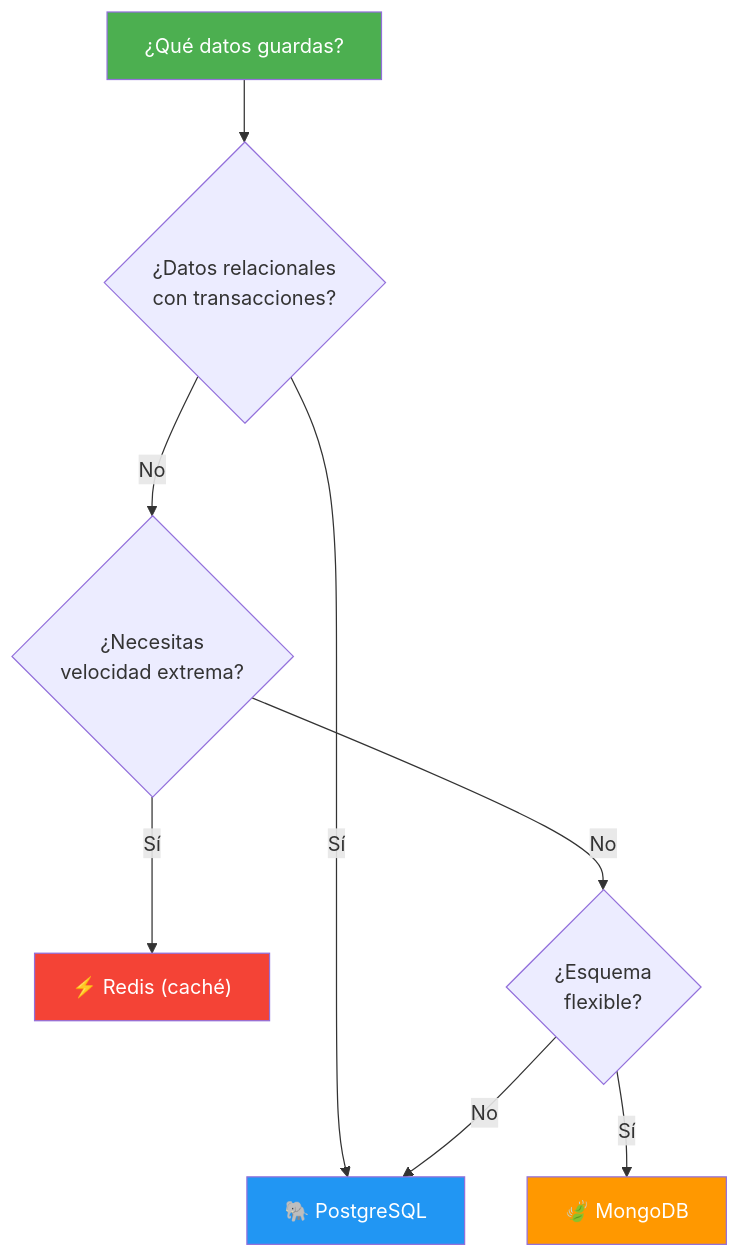
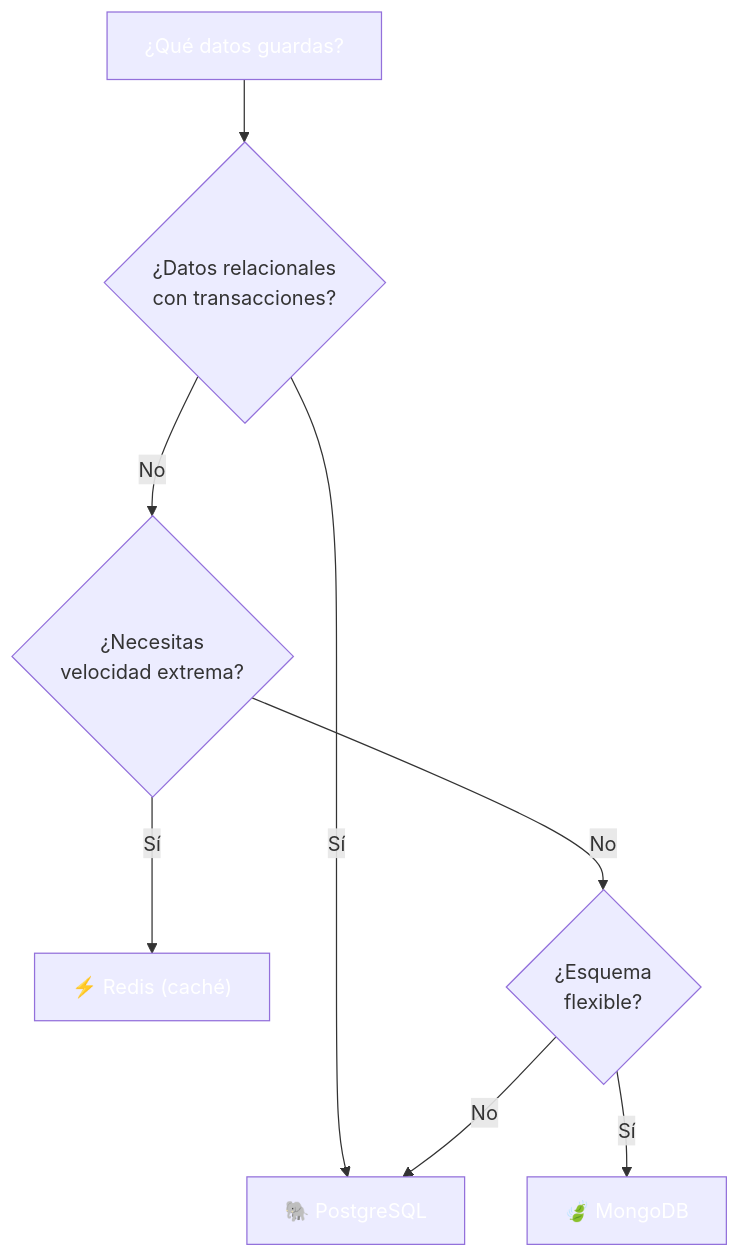
Diagram 14 of 14 in 21-sql-nosql.md (joseluisgs/DesarrolloWebEntornosServidor-01-2026-2027), drawn with Mermaid before and after one commit. The commit also changed other lines of this file and 66 other files, not shown here.

First line of the commit message:
fix: normalizar titulos al castellano de frase y corregir la paleta de mermaid

````diff
--- a/21-sql-nosql.md
+++ b/21-sql-nosql.md
@@ -1498,17 +1498,17 @@
 ```mermaid
 graph TD
     A["¿Qué datos guardas?"] --> B{"¿Datos relacionales<br/>con transacciones?"}
     B -->|"Sí"| C["🐘 PostgreSQL"]
     B -->|"No"| D{"¿Necesitas<br/>velocidad extrema?"}
 
     D -->|"Sí"| E["⚡ Redis (caché)"]
     D -->|"No"| F{"¿Esquema<br/>flexible?"}
 
     F -->|"Sí"| G["🍃 MongoDB"]
     F -->|"No"| C
 
-    style A fill:#4CAF50,color:#fff
-    style C fill:#2196F3,color:#fff
-    style E fill:#f44336,color:#fff
-    style G fill:#FF9800,color:#fff
+    style A fill:#4CAF5,color:#fff0,color:#fff
+    style C fill:#2196F,color:#fff3,color:#fff
+    style E fill:#f4433,color:#fff6,color:#fff
+    style G fill:#FF980,color:#fff0,color:#fff
 ```
````
